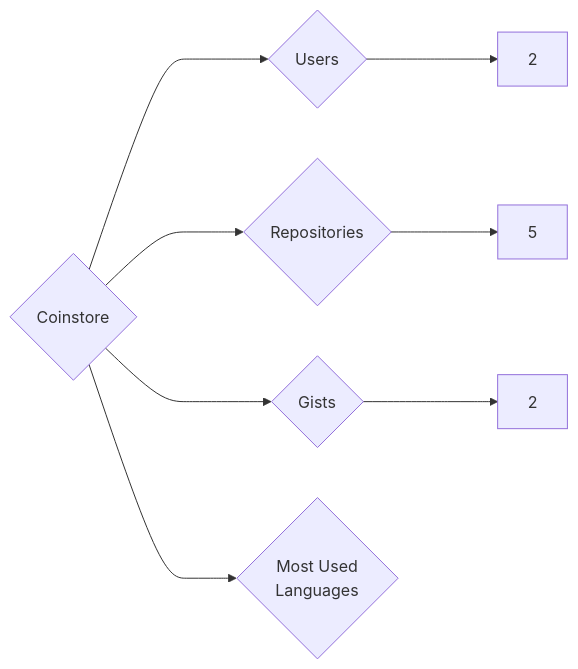
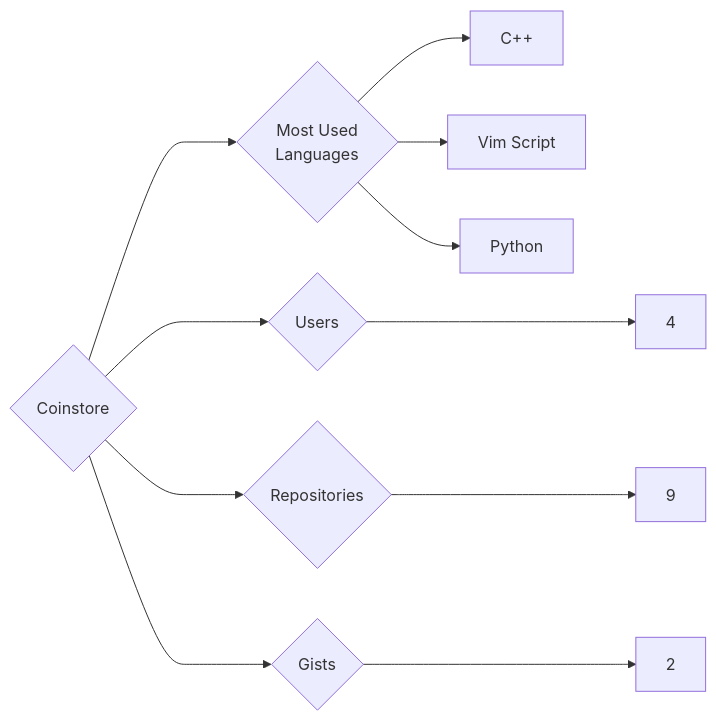
The diagram in targets/Coinstore/README.md (trickest/insiders), drawn with Mermaid before and after one commit. The commit also changed 1167 other files, not shown here.

````diff
--- a/targets/Coinstore/README.md
+++ b/targets/Coinstore/README.md
@@ -3,8 +3,11 @@
 ```mermaid
 graph LR
 COMPANY_NAME{Coinstore}
-COMPANY_NAME ---> U{Users} ---> UN[2]
-COMPANY_NAME ---> R{Repositories} ---> RN[5]
+COMPANY_NAME ---> U{Users} ---> UN[4]
+COMPANY_NAME ---> R{Repositories} ---> RN[9]
 COMPANY_NAME ---> G{Gists} ---> GN[2]
 COMPANY_NAME ---> ML{Most Used<br>Languages}
+ML --> C++[C++]
+ML --> Vim_Script[Vim Script]
+ML --> Python[Python]
 ```
````
